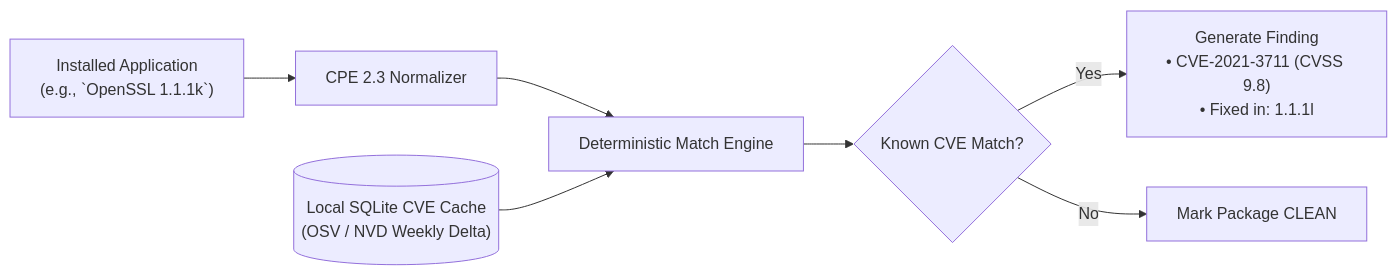
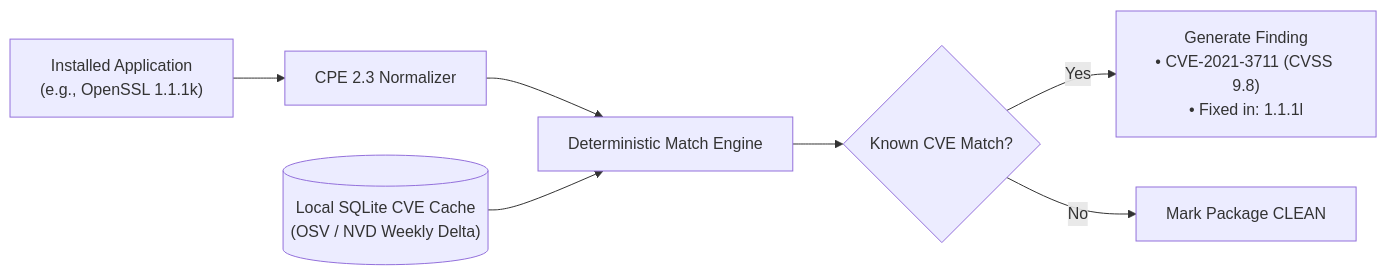
Before and after one commit to Subhadip-Paul2006/NETRA-Backend: the eighth of 13 diagrams in docs/SYSTEM_DESIGN.md, drawn with Mermaid. The commit also changed other lines of this file and 14 other files, not shown here.

Commit message:
fix(docs): resolve GitHub Mermaid diagram lexical errors and KaTeX math formatting across all specifications

````diff
--- a/docs/SYSTEM_DESIGN.md
+++ b/docs/SYSTEM_DESIGN.md
@@ -288,9 +288,9 @@
 ```mermaid
 flowchart LR
-    HostApp["Installed Application<br/>(e.g., `OpenSSL 1.1.1k`)"] --> CPE["CPE 2.3 Normalizer"]
+    HostApp["Installed Application<br/>(e.g., OpenSSL 1.1.1k)"] --> CPE["CPE 2.3 Normalizer"]
     CPE --> Matcher["Deterministic Match Engine"]
     CVECache[("Local SQLite CVE Cache<br/>(OSV / NVD Weekly Delta)")] --> Matcher
     Matcher --> Result{"Known CVE Match?"}
     Result -- Yes --> GenFinding["Generate Finding<br/>• CVE-2021-3711 (CVSS 9.8)<br/>• Fixed in: 1.1.1l"]
     Result -- No --> Clean["Mark Package CLEAN"]
 ```
````
